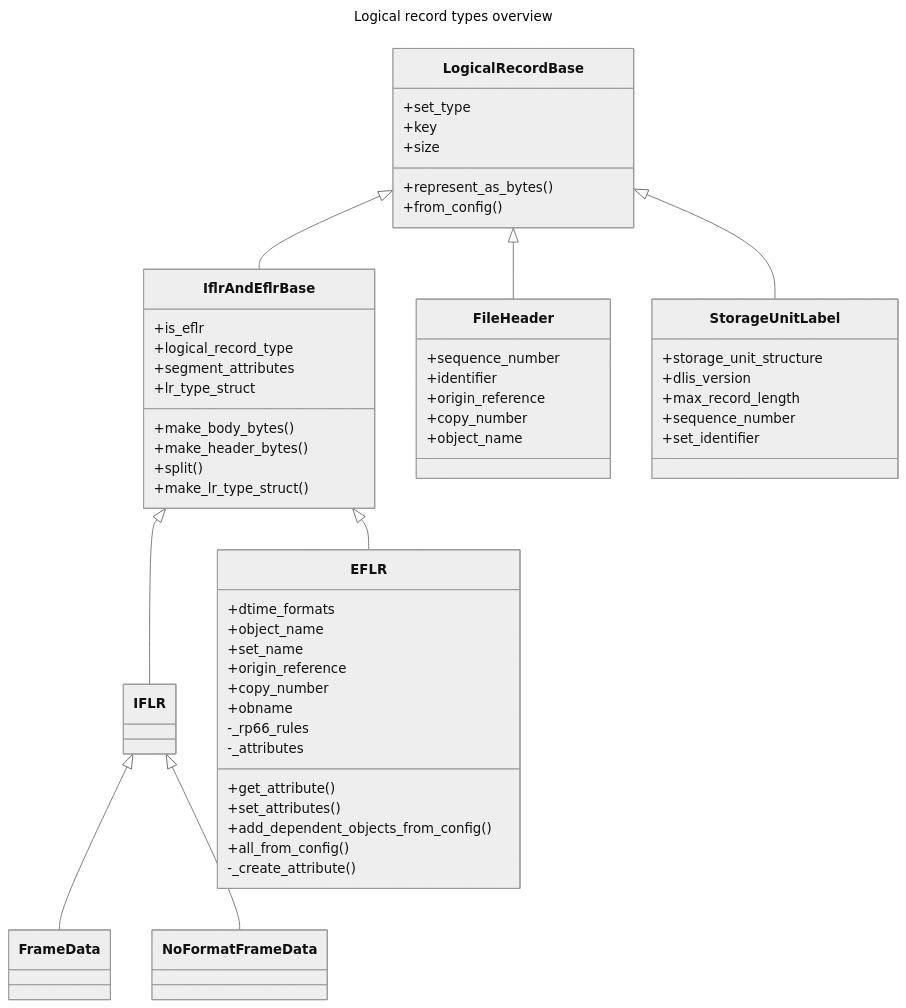
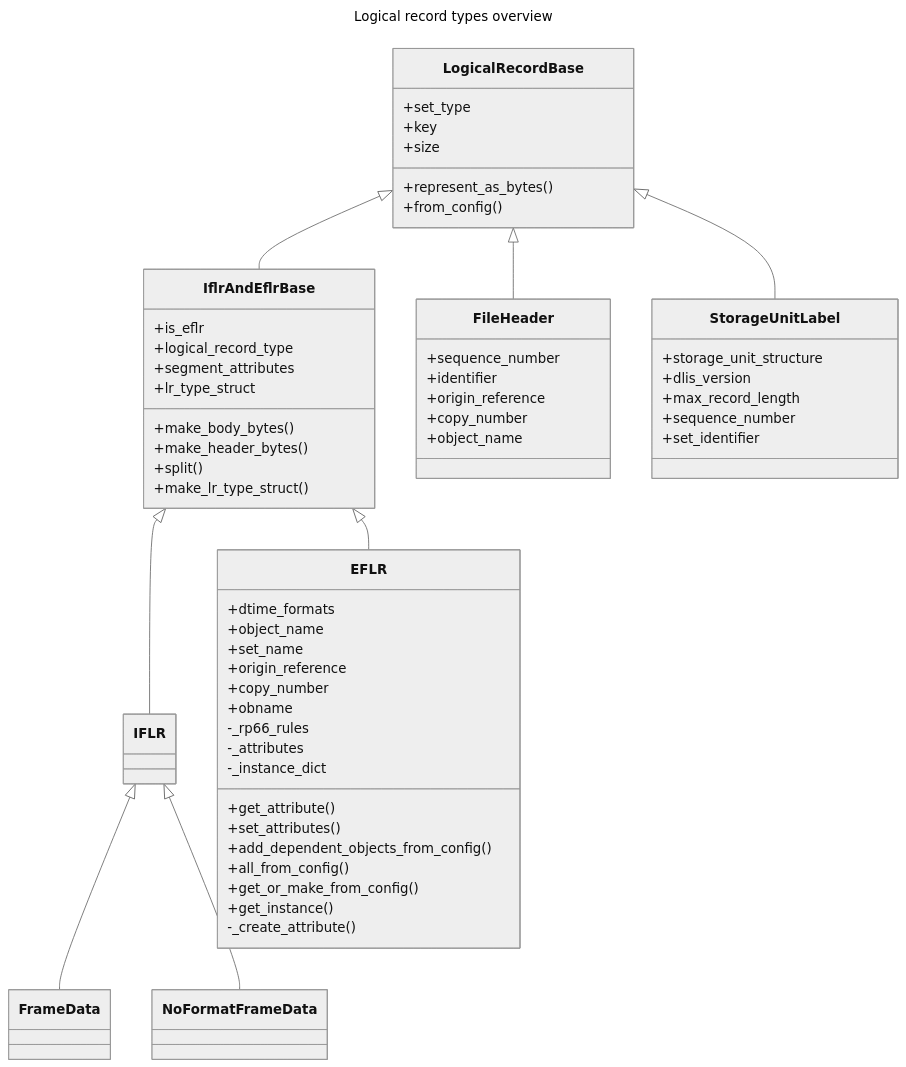
One commit to well-id/dliswriter changed the first of 5 diagrams in README.md. Above: the diagram before and after it, drawn with Mermaid (neutral theme). The commit also changed 1 other file, not shown here.

Commit message:
Merged InstanceRegisterMixin and EFLR

````diff
--- a/README.md
+++ b/README.md
@@ -1192,66 +1192,69 @@
 ```mermaid
 ---
 title: Logical record types overview
 ---
 classDiagram
     LogicalRecordBase <|-- IflrAndEflrBase
     LogicalRecordBase <|-- FileHeader
     LogicalRecordBase <|-- StorageUnitLabel
     
     IflrAndEflrBase <|-- IFLR
     IflrAndEflrBase <|-- EFLR
     
     IFLR <|-- FrameData
     IFLR <|-- NoFormatFrameData
     
     class LogicalRecordBase{
         +set_type
         +key
         +size
         +represent_as_bytes()
         +from_config()
     }
     
     class IflrAndEflrBase{
         +is_eflr
         +logical_record_type
         +segment_attributes
         +lr_type_struct
         +make_body_bytes()
         +make_header_bytes()
         +split()
         +make_lr_type_struct()
     }
     
     class EFLR{
         +dtime_formats
         +object_name
         +set_name
         +origin_reference
         +copy_number
         +obname
         -_rp66_rules
         -_attributes
+        -_instance_dict
         +get_attribute()
         +set_attributes()
         +add_dependent_objects_from_config()
         +all_from_config()
+        +get_or_make_from_config()
+        +get_instance()
         -_create_attribute()
     }
     
     class FileHeader{
         +sequence_number
         +identifier
         +origin_reference
         +copy_number
         +object_name
     }
     
     class StorageUnitLabel{
         +storage_unit_structure
         +dlis_version
         +max_record_length
         +sequence_number
         +set_identifier
     }
 ```
````
